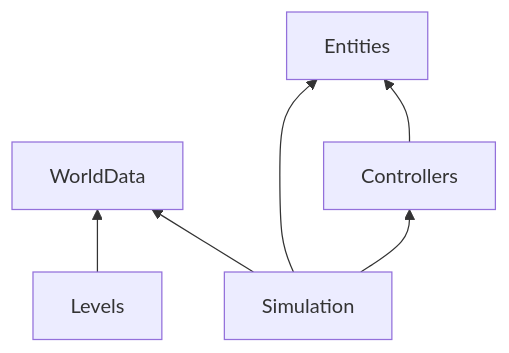
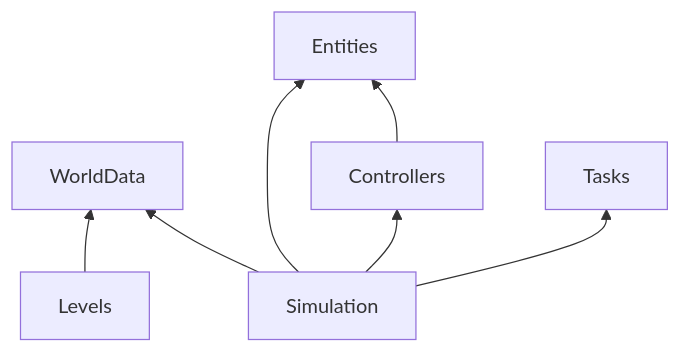
One commit to therighttrousers/bodycheck changed the diagram in src/BodyCheck.Core/architecture.md. Above: the diagram before and after it, drawn with Mermaid. The commit also changed other lines of this file and 12 other files, not shown here.

````diff
--- a/src/BodyCheck.Core/architecture.md
+++ b/src/BodyCheck.Core/architecture.md
@@ -41,8 +44,9 @@
 ```mermaid
 graph BT
     Controllers --> Entities
     Levels --> WorldData
     Simulation --> WorldData
     Simulation --> Entities
     Simulation --> Controllers
+    Simulation --> Tasks
 ```
````
